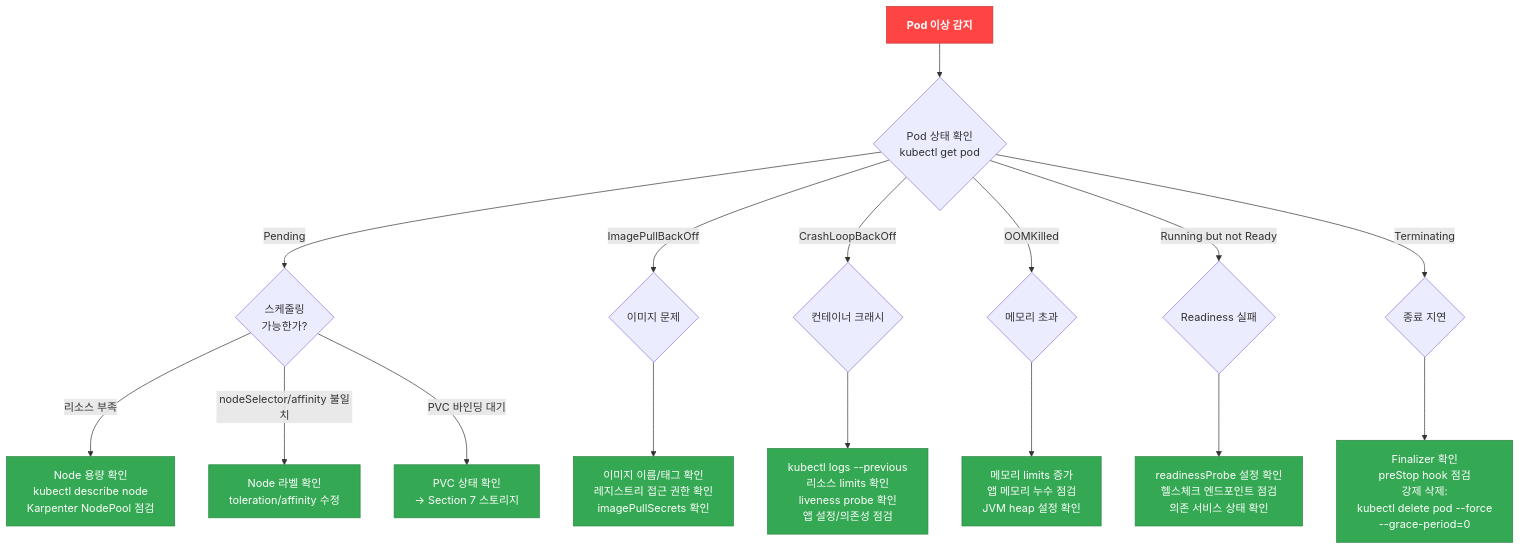
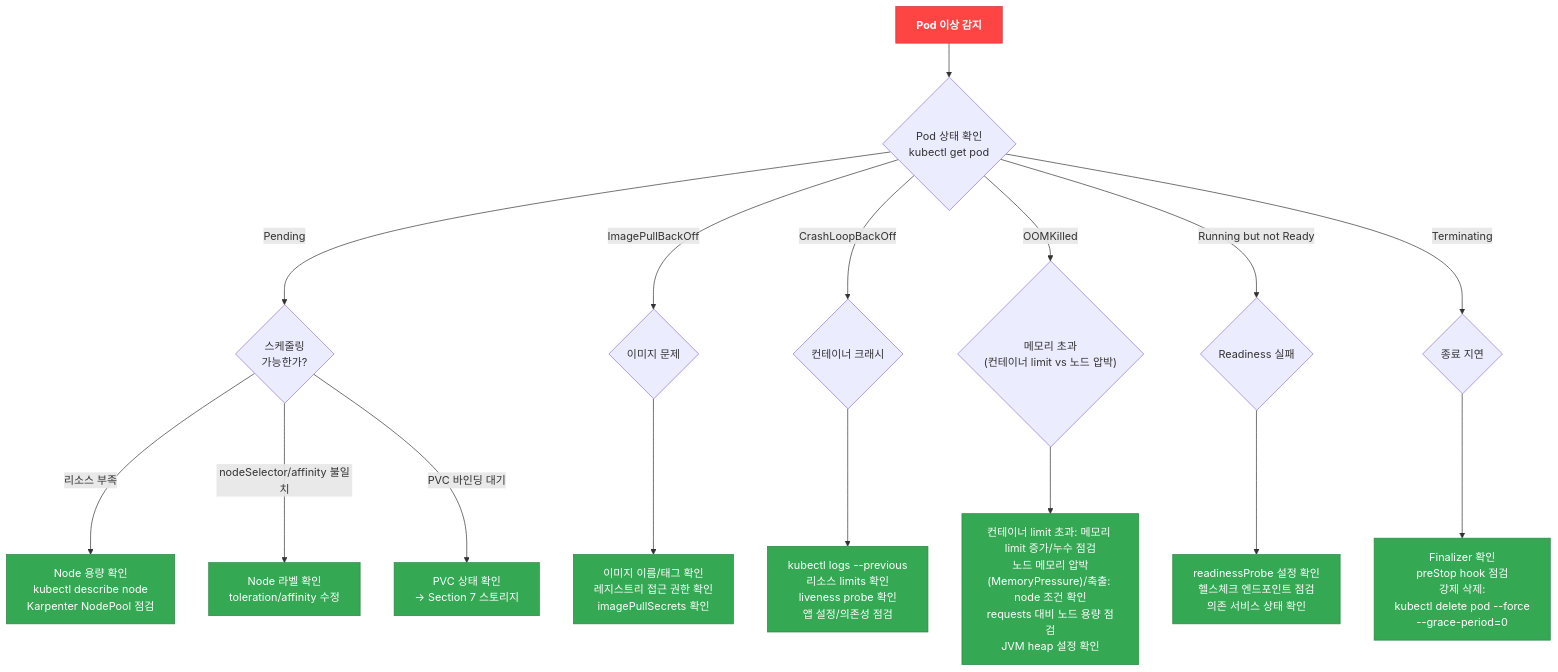
Before and after one commit to devfloor9/engineering-playbook: the first of 3 diagrams in i18n/ko/docusaurus-plugin-content-docs/current/eks-best-practices/operations-reliability/eks-debugging/workload.md, drawn with Mermaid. The commit also changed other lines of this file and 9 other files, not shown here.

````diff
--- a/i18n/ko/docusaurus-plugin-content-docs/current/eks-best-practices/operations-reliability/eks-debugging/workload.md
+++ b/i18n/ko/docusaurus-plugin-content-docs/current/eks-best-practices/operations-reliability/eks-debugging/workload.md
@@ -24,53 +24,55 @@
 ```mermaid
 flowchart TD
     START["`**Pod 이상 감지**`"] --> STATUS{"`Pod 상태 확인
     kubectl get pod`"}
 
     STATUS -->|Pending| PENDING{"`스케줄링
     가능한가?`"}
     PENDING -->|리소스 부족| PEND_RES["`Node 용량 확인
     kubectl describe node
     Karpenter NodePool 점검`"]
     PENDING -->|nodeSelector/affinity 불일치| PEND_LABEL["`Node 라벨 확인
     toleration/affinity 수정`"]
     PENDING -->|PVC 바인딩 대기| PEND_PVC["`PVC 상태 확인
     → Section 7 스토리지`"]
 
     STATUS -->|ImagePullBackOff| IMG{"`이미지 문제`"}
     IMG --> IMG_FIX["`이미지 이름/태그 확인
     레지스트리 접근 권한 확인
     imagePullSecrets 확인`"]
 
     STATUS -->|CrashLoopBackOff| CRASH{"`컨테이너 크래시`"}
     CRASH --> CRASH_FIX["`kubectl logs --previous
     리소스 limits 확인
     liveness probe 확인
     앱 설정/의존성 점검`"]
 
-    STATUS -->|OOMKilled| OOM{"`메모리 초과`"}
-    OOM --> OOM_FIX["`메모리 limits 증가
-    앱 메모리 누수 점검
+    STATUS -->|OOMKilled| OOM{"`메모리 초과
+    (컨테이너 limit vs 노드 압박)`"}
+    OOM --> OOM_FIX["`컨테이너 limit 초과: 메모리 limit 증가/누수 점검
+    노드 메모리 압박(MemoryPressure)/축출: node 조건 확인
+    requests 대비 노드 용량 점검
     JVM heap 설정 확인`"]
 
     STATUS -->|Running but not Ready| READY{"`Readiness 실패`"}
     READY --> READY_FIX["`readinessProbe 설정 확인
     헬스체크 엔드포인트 점검
     의존 서비스 상태 확인`"]
 
     STATUS -->|Terminating| TERM{"`종료 지연`"}
     TERM --> TERM_FIX["`Finalizer 확인
     preStop hook 점검
     강제 삭제:
     kubectl delete pod --force
     --grace-period=0`"]
 
     style START fill:#ff4444,stroke:#cc3636,color:#fff
     style PEND_RES fill:#34a853,stroke:#2a8642,color:#fff
     style PEND_LABEL fill:#34a853,stroke:#2a8642,color:#fff
     style PEND_PVC fill:#34a853,stroke:#2a8642,color:#fff
     style IMG_FIX fill:#34a853,stroke:#2a8642,color:#fff
     style CRASH_FIX fill:#34a853,stroke:#2a8642,color:#fff
     style OOM_FIX fill:#34a853,stroke:#2a8642,color:#fff
     style READY_FIX fill:#34a853,stroke:#2a8642,color:#fff
     style TERM_FIX fill:#34a853,stroke:#2a8642,color:#fff
 ```
````
